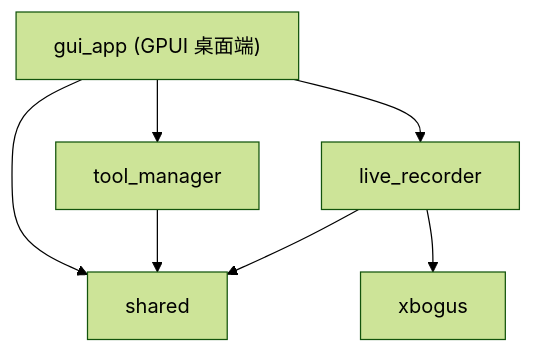
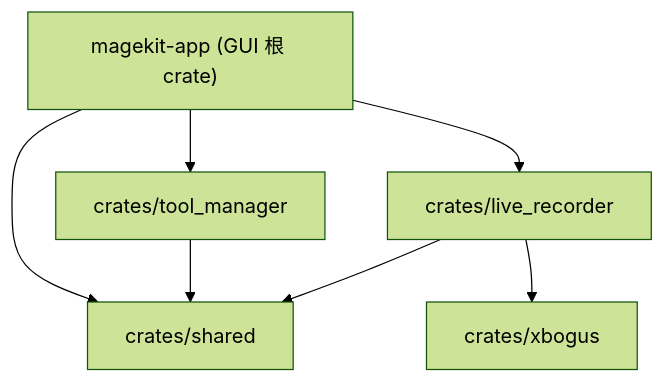
The diagram in CLAUDE.md (emojiiii/magekit-app), drawn with Mermaid (forest theme) before and after one commit. The commit also changed other lines of this file and 122 other files, not shown here.

First line of the commit message:
feat: introduce live_recorder module for live streaming functionality

````diff
--- a/CLAUDE.md
+++ b/CLAUDE.md
@@ -24,9 +24,9 @@
 ```mermaid
 graph TD
-    gui_app["gui_app (GPUI 桌面端)"] --> shared["shared"]
-    gui_app --> tool_manager["tool_manager"]
-    gui_app --> live_recorder["live_recorder"]
+    app["magekit-app (GUI 根 crate)"] --> shared["crates/shared"]
+    app --> tool_manager["crates/tool_manager"]
+    app --> live_recorder["crates/live_recorder"]
     tool_manager --> shared
     live_recorder --> shared
-    live_recorder --> xbogus["xbogus"]
+    live_recorder --> xbogus["crates/xbogus"]
 ```
````
